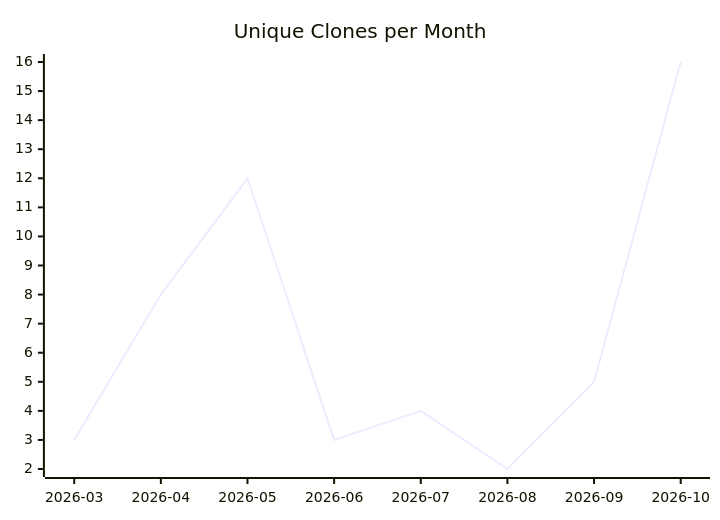
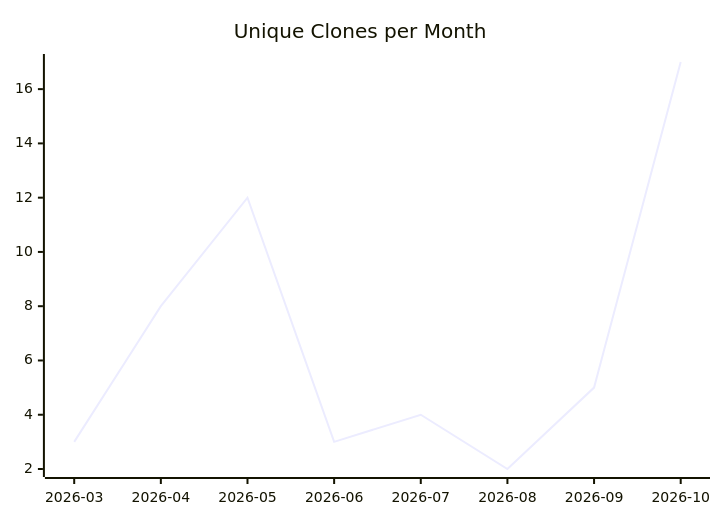
One commit to justdavis-family/github-analytics-data changed the third of 3 diagrams in karlmdavis/puppet-sonar/README.md. Above: the diagram before and after it, drawn with Mermaid. The commit also changed other lines of this file and 199 other files, not shown here.

````diff
--- a/karlmdavis/puppet-sonar/README.md
+++ b/karlmdavis/puppet-sonar/README.md
@@ -19,6 +19,6 @@
 ```mermaid
 xychart-beta
   title "Unique Clones per Month"
   x-axis ["2026-03", "2026-04", "2026-05", "2026-06", "2026-07", "2026-08", "2026-09", "2026-10"]
-  line [3, 8, 12, 3, 4, 2, 5, 16]
+  line [3, 8, 12, 3, 4, 2, 5, 17]
 ```
````
